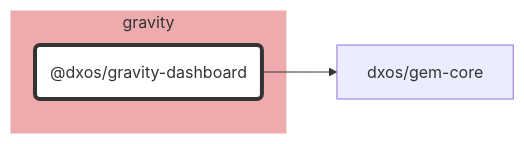
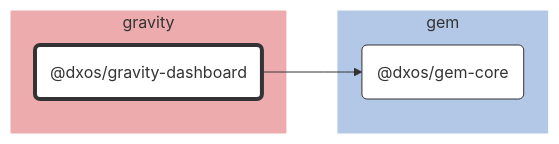
One commit to dxos/dxos changed the diagram in packages/gravity/gravity-dashboard/docs/README.md. Above: the diagram before and after it, drawn with Mermaid. The commit also changed 69 other files, not shown here.

````diff
--- a/packages/gravity/gravity-dashboard/docs/README.md
+++ b/packages/gravity/gravity-dashboard/docs/README.md
@@ -7,21 +7,27 @@
 ```mermaid
 %%{ init: {'flowchart':{'curve':'basis'}} }%%
 
 flowchart LR
 
 %% Classes
 classDef def fill:#fff,stroke:#333,stroke-width:1px
 classDef root fill:#fff,stroke:#333,stroke-width:4px
 
 %% Nodes
 
 subgraph gravity [gravity]
   style gravity fill:#edabad,stroke:#fff
   dxos/gravity-dashboard("@dxos/gravity-dashboard"):::root
   click dxos/gravity-dashboard "dxos/dxos/tree/main/packages/gravity/gravity-dashboard/docs"
 end
 
+subgraph gem [gem]
+  style gem fill:#b3c7e6,stroke:#fff
+  dxos/gem-core("@dxos/gem-core"):::def
+  click dxos/gem-core "dxos/dxos/tree/main/packages/gem/gem-core/docs"
+end
+
 %% Links
 linkStyle default stroke:#333,stroke-width:1px
 dxos/gravity-dashboard --> dxos/gem-core
 ```
````
